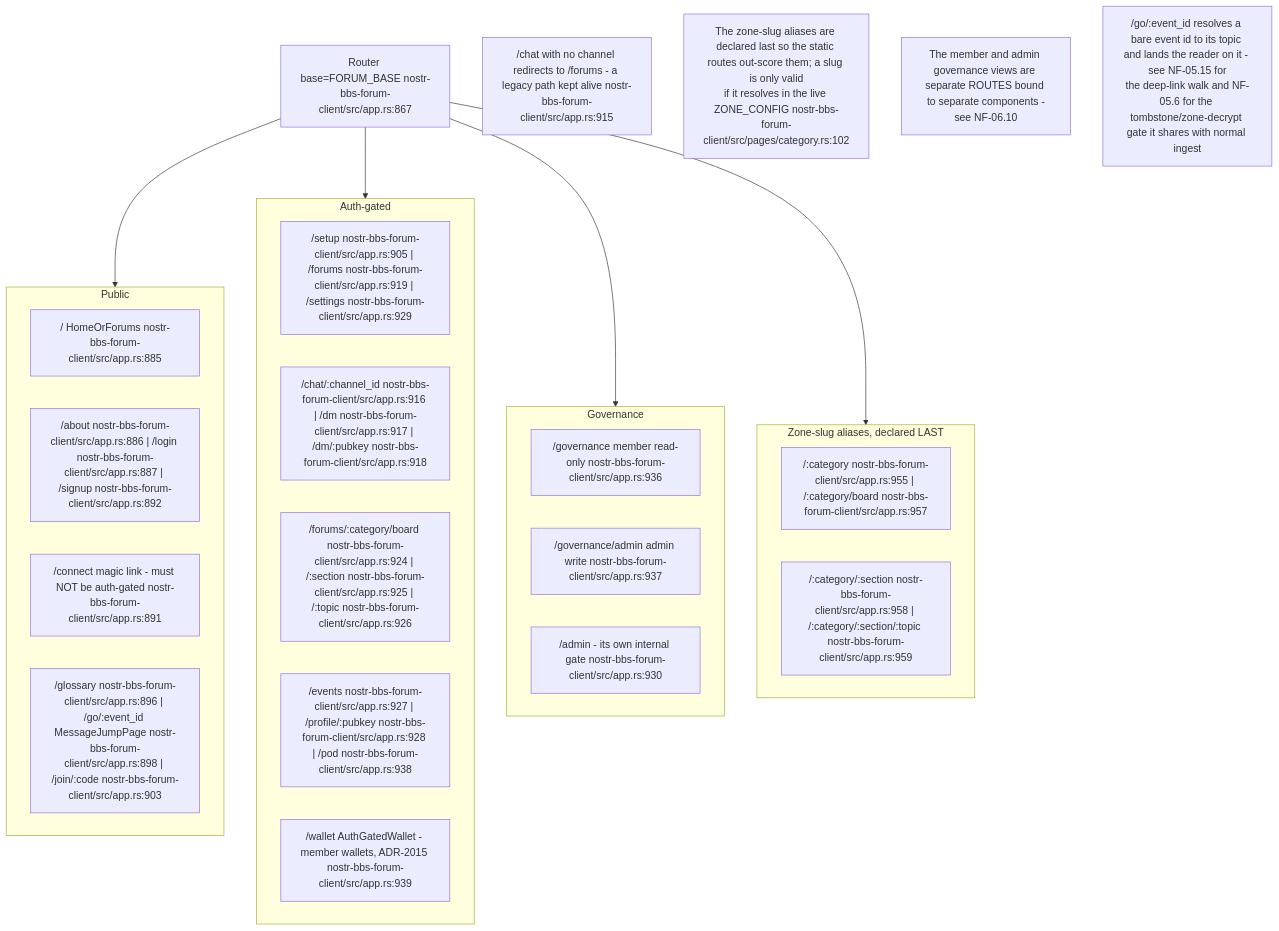
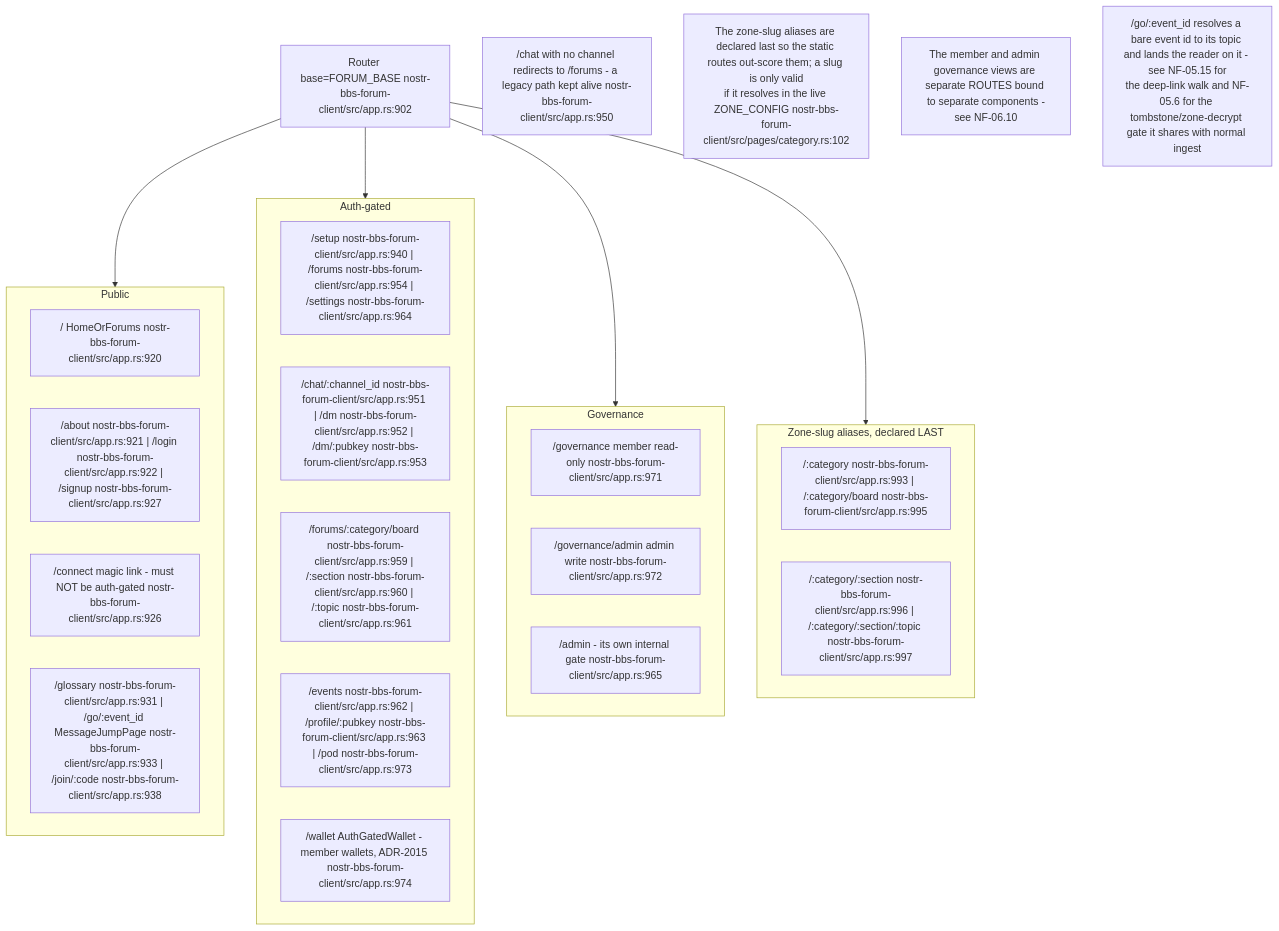
The second of 16 diagrams in docs/diagrams/nostr-rust-forum/05-leptos-clients-onboarding-messaging-governance.md (DreamLab-AI/VisionFlow), drawn with Mermaid before and after one commit. The commit also changed other lines of this file and 111 other files, not shown here.

Commit message:
docs(diagrams): align estate maps with current source

````diff
--- a/docs/diagrams/nostr-rust-forum/05-leptos-clients-onboarding-messaging-governance.md
+++ b/docs/diagrams/nostr-rust-forum/05-leptos-clients-onboarding-messaging-governance.md
@@ -94,32 +94,32 @@
 ```mermaid
 flowchart TB
     subgraph pubroutes["Public"]
-        R1["/ HomeOrForums nostr-bbs-forum-client/src/app.rs:885"]
-        R2["/about nostr-bbs-forum-client/src/app.rs:886 | /login nostr-bbs-forum-client/src/app.rs:887 | /signup nostr-bbs-forum-client/src/app.rs:892"]
-        R3["/connect magic link - must NOT be auth-gated nostr-bbs-forum-client/src/app.rs:891"]
-        R4["/glossary nostr-bbs-forum-client/src/app.rs:896 | /go/:event_id MessageJumpPage nostr-bbs-forum-client/src/app.rs:898 | /join/:code nostr-bbs-forum-client/src/app.rs:903"]
+        R1["/ HomeOrForums nostr-bbs-forum-client/src/app.rs:920"]
+        R2["/about nostr-bbs-forum-client/src/app.rs:921 | /login nostr-bbs-forum-client/src/app.rs:922 | /signup nostr-bbs-forum-client/src/app.rs:927"]
+        R3["/connect magic link - must NOT be auth-gated nostr-bbs-forum-client/src/app.rs:926"]
+        R4["/glossary nostr-bbs-forum-client/src/app.rs:931 | /go/:event_id MessageJumpPage nostr-bbs-forum-client/src/app.rs:933 | /join/:code nostr-bbs-forum-client/src/app.rs:938"]
     end
     subgraph authed["Auth-gated"]
-        R5["/setup nostr-bbs-forum-client/src/app.rs:905 | /forums nostr-bbs-forum-client/src/app.rs:919 | /settings nostr-bbs-forum-client/src/app.rs:929"]
-        R6["/chat/:channel_id nostr-bbs-forum-client/src/app.rs:916 | /dm nostr-bbs-forum-client/src/app.rs:917 | /dm/:pubkey nostr-bbs-forum-client/src/app.rs:918"]
-        R7["/forums/:category/board nostr-bbs-forum-client/src/app.rs:924 | /:section nostr-bbs-forum-client/src/app.rs:925 | /:topic nostr-bbs-forum-client/src/app.rs:926"]
-        R8["/events nostr-bbs-forum-client/src/app.rs:927 | /profile/:pubkey nostr-bbs-forum-client/src/app.rs:928 | /pod nostr-bbs-forum-client/src/app.rs:938"]
-        R14["/wallet AuthGatedWallet - member wallets, ADR-2015 nostr-bbs-forum-client/src/app.rs:939"]
+        R5["/setup nostr-bbs-forum-client/src/app.rs:940 | /forums nostr-bbs-forum-client/src/app.rs:954 | /settings nostr-bbs-forum-client/src/app.rs:964"]
+        R6["/chat/:channel_id nostr-bbs-forum-client/src/app.rs:951 | /dm nostr-bbs-forum-client/src/app.rs:952 | /dm/:pubkey nostr-bbs-forum-client/src/app.rs:953"]
+        R7["/forums/:category/board nostr-bbs-forum-client/src/app.rs:959 | /:section nostr-bbs-forum-client/src/app.rs:960 | /:topic nostr-bbs-forum-client/src/app.rs:961"]
+        R8["/events nostr-bbs-forum-client/src/app.rs:962 | /profile/:pubkey nostr-bbs-forum-client/src/app.rs:963 | /pod nostr-bbs-forum-client/src/app.rs:973"]
+        R14["/wallet AuthGatedWallet - member wallets, ADR-2015 nostr-bbs-forum-client/src/app.rs:974"]
     end
     subgraph gov["Governance"]
-        R9["/governance member read-only nostr-bbs-forum-client/src/app.rs:936"]
-        R10["/governance/admin admin write nostr-bbs-forum-client/src/app.rs:937"]
-        R11["/admin - its own internal gate nostr-bbs-forum-client/src/app.rs:930"]
+        R9["/governance member read-only nostr-bbs-forum-client/src/app.rs:971"]
+        R10["/governance/admin admin write nostr-bbs-forum-client/src/app.rs:972"]
+        R11["/admin - its own internal gate nostr-bbs-forum-client/src/app.rs:965"]
     end
     subgraph zonealias["Zone-slug aliases, declared LAST"]
-        R12["/:category nostr-bbs-forum-client/src/app.rs:955 | /:category/board nostr-bbs-forum-client/src/app.rs:957"]
-        R13["/:category/:section nostr-bbs-forum-client/src/app.rs:958 | /:category/:section/:topic nostr-bbs-forum-client/src/app.rs:959"]
+        R12["/:category nostr-bbs-forum-client/src/app.rs:993 | /:category/board nostr-bbs-forum-client/src/app.rs:995"]
+        R13["/:category/:section nostr-bbs-forum-client/src/app.rs:996 | /:category/:section/:topic nostr-bbs-forum-client/src/app.rs:997"]
     end
 
-    ROUTER["Router base=FORUM_BASE nostr-bbs-forum-client/src/app.rs:867"] --> pubroutes & authed & gov & zonealias
+    ROUTER["Router base=FORUM_BASE nostr-bbs-forum-client/src/app.rs:902"] --> pubroutes & authed & gov & zonealias
 
-    N1["/chat with no channel redirects to /forums - a legacy path kept alive nostr-bbs-forum-client/src/app.rs:915"]
+    N1["/chat with no channel redirects to /forums - a legacy path kept alive nostr-bbs-forum-client/src/app.rs:950"]
     N2["The zone-slug aliases are declared last so the static routes out-score them; a slug is only valid<br/>if it resolves in the live ZONE_CONFIG nostr-bbs-forum-client/src/pages/category.rs:102"]
     N3["The member and admin governance views are separate ROUTES bound to separate components -<br/>see NF-06.10"]
     N4["/go/:event_id resolves a bare event id to its topic and lands the reader on it - see NF-05.15 for<br/>the deep-link walk and NF-05.6 for the tombstone/zone-decrypt gate it shares with normal ingest"]
 ```
````
